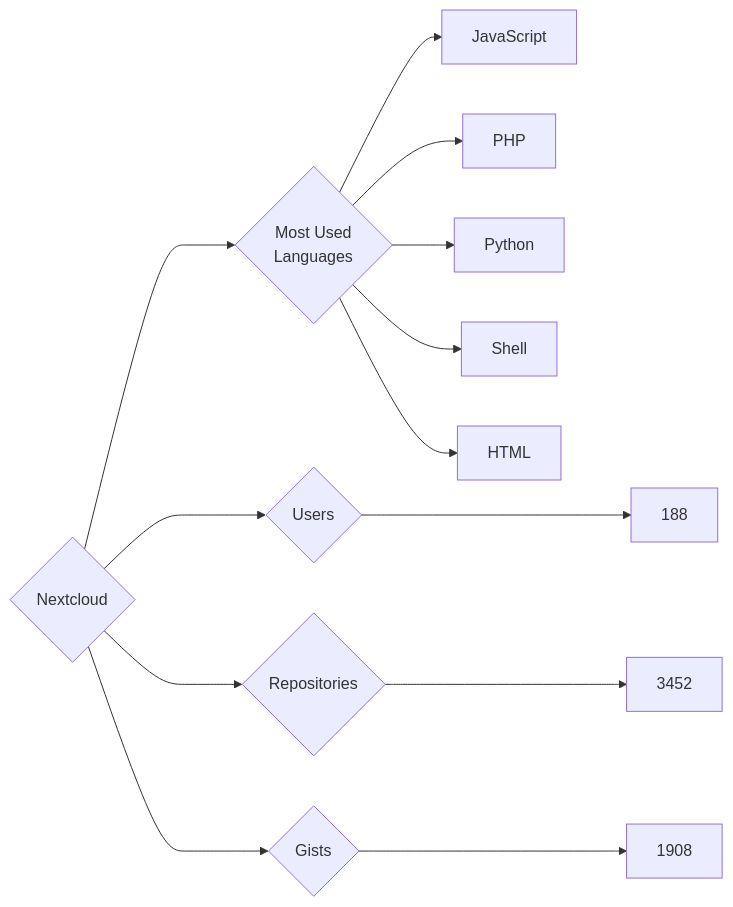
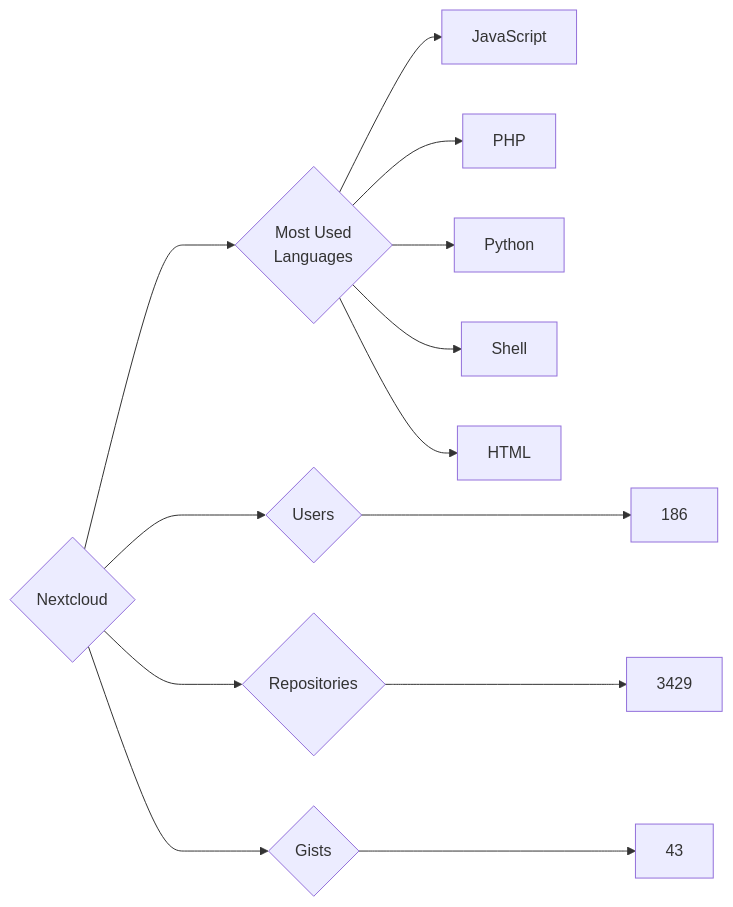
One commit to trickest/insiders changed the diagram in targets/Nextcloud/README.md. Above: the diagram before and after it, drawn with Mermaid. The commit also changed 895 other files, not shown here.

````diff
--- a/targets/Nextcloud/README.md
+++ b/targets/Nextcloud/README.md
@@ -3,13 +3,13 @@
 ```mermaid
 graph LR
 COMPANY_NAME{Nextcloud}
-COMPANY_NAME ---> U{Users} ---> UN[188]
-COMPANY_NAME ---> R{Repositories} ---> RN[3452]
-COMPANY_NAME ---> G{Gists} ---> GN[1908]
+COMPANY_NAME ---> U{Users} ---> UN[186]
+COMPANY_NAME ---> R{Repositories} ---> RN[3429]
+COMPANY_NAME ---> G{Gists} ---> GN[43]
 COMPANY_NAME ---> ML{Most Used<br>Languages}
 ML --> JavaScript[JavaScript]
 ML --> PHP[PHP]
 ML --> Python[Python]
 ML --> Shell[Shell]
 ML --> HTML[HTML]
 ```
````
